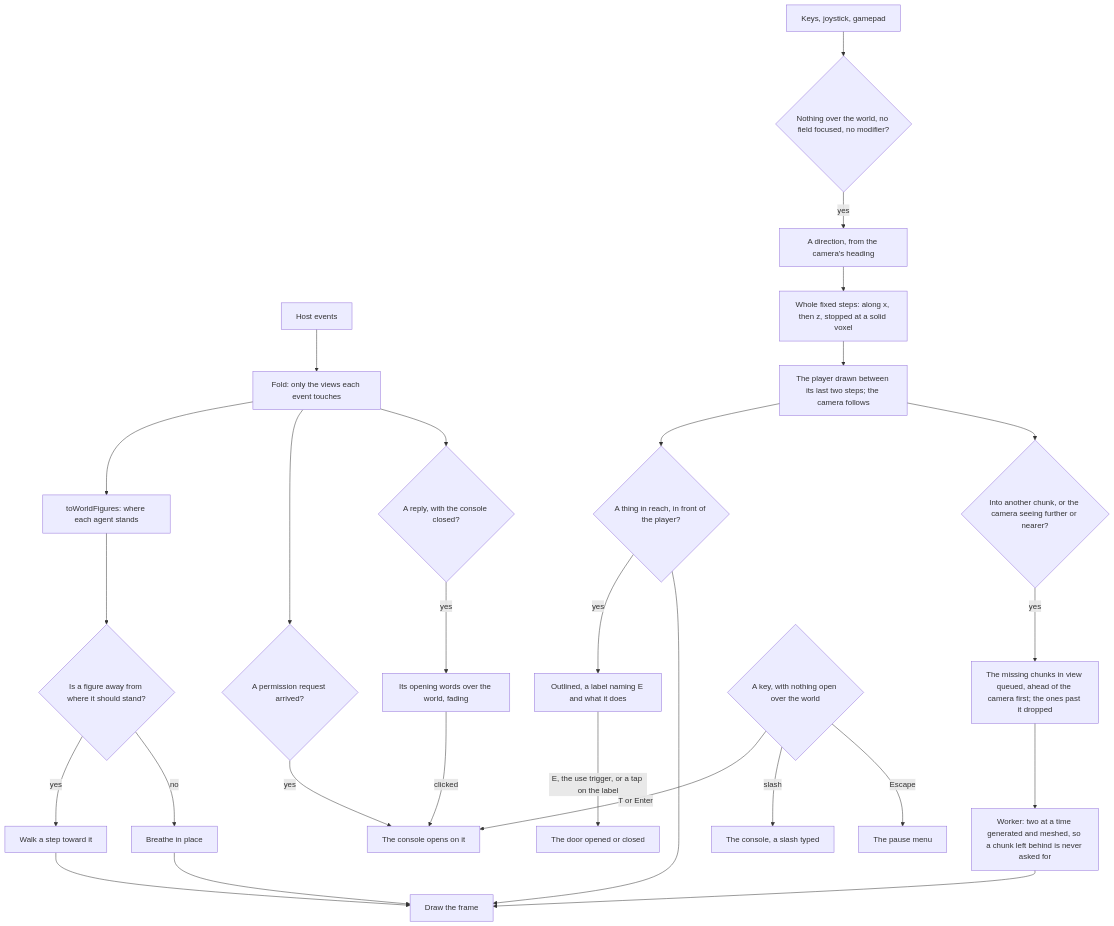
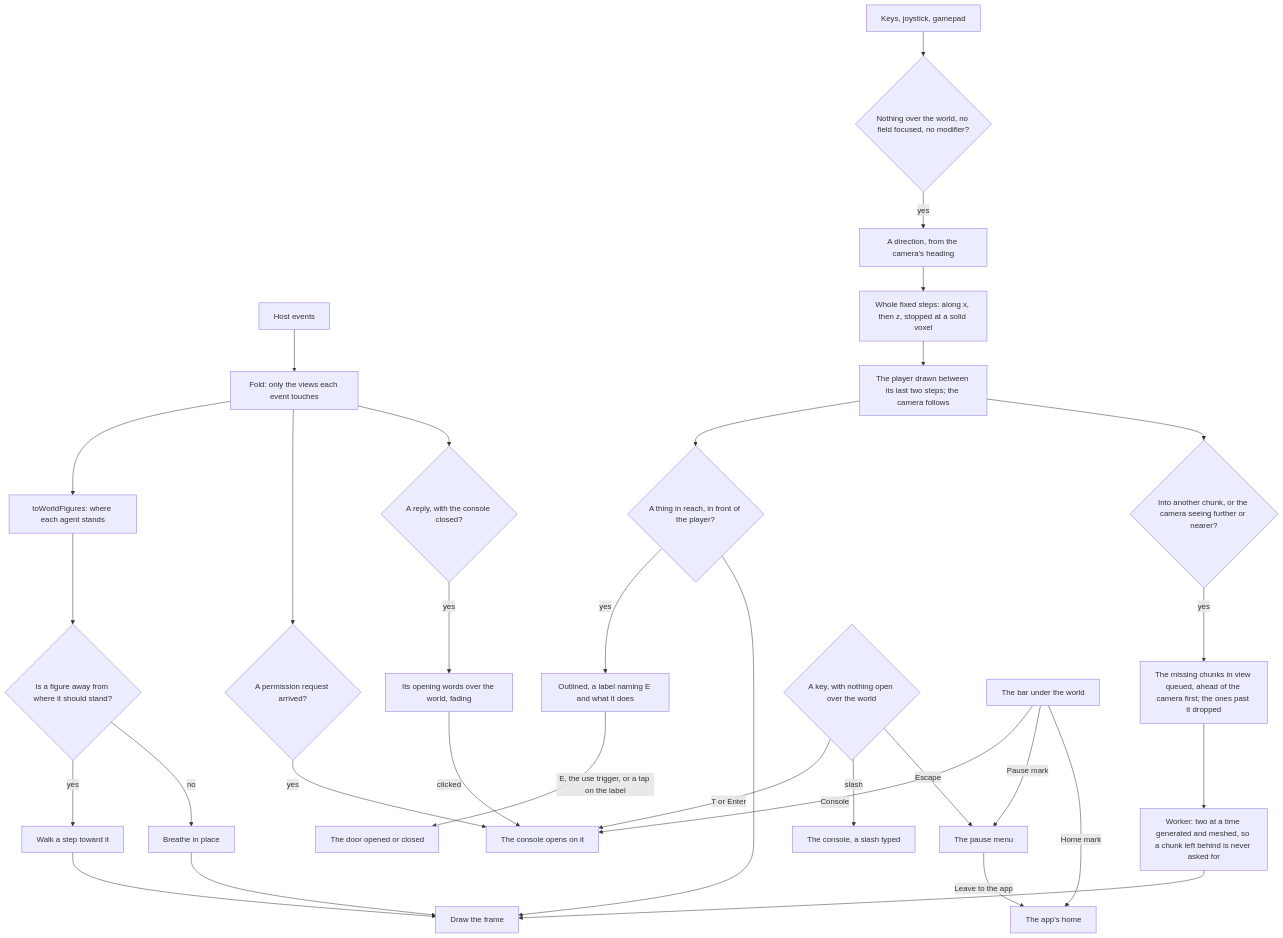
One commit to Esposter/Esposter changed the diagram in apps/web/content/docs/infra/claude-interface/agent-console/voxel-world.md. Above: the diagram before and after it, drawn with Mermaid. The commit also changed other lines of this file and 7 other files, not shown here.

First line of the commit message:
feat(agent-console): one bar along the foot of the page holds the session, the console, pause and the way home

````diff
--- a/apps/web/content/docs/infra/claude-interface/agent-console/voxel-world.md
+++ b/apps/web/content/docs/infra/claude-interface/agent-console/voxel-world.md
@@ -12,30 +12,34 @@
 ```mermaid
 flowchart TD
   H[Host events] --> F[Fold: only the views each event touches]
   F --> M[toWorldFigures: where each agent stands]
   M --> W{Is a figure away from where it should stand?}
   W -->|yes| A[Walk a step toward it]
   W -->|no| B[Breathe in place]
   A --> R[Draw the frame]
   B --> R
   F --> Q{A permission request arrived?}
   Q -->|yes| C[The console opens on it]
   F --> N{A reply, with the console closed?}
   N -->|yes| L[Its opening words over the world, fading]
   I[Keys, joystick, gamepad] --> G{Nothing over the world, no field focused, no modifier?}
   G -->|yes| D[A direction, from the camera's heading]
   D --> X[Whole fixed steps: along x, then z, stopped at a solid voxel]
   X --> Y[The player drawn between its last two steps; the camera follows]
   Y --> Z{A thing in reach, in front of the player?}
   Y --> CK{Into another chunk, or the camera seeing further or nearer?}
   CK -->|yes| WQ[The missing chunks in view queued, ahead of the camera first; the ones past it dropped]
   WQ --> WK[Worker: two at a time generated and meshed, so a chunk left behind is never asked for]
   WK --> R
   Z -->|yes| O[Outlined, a label naming E and what it does]
   O -->|E, the use trigger, or a tap on the label| U[The door opened or closed]
   Z --> R
   K{A key, with nothing open over the world} -->|T or Enter| C
   K -->|slash| S[The console, a slash typed]
   K -->|Escape| P[The pause menu]
+  BAR[The bar under the world] -->|Console| C
+  BAR -->|Pause mark| P
+  BAR -->|Home mark| HOME[The app's home]
+  P -->|Leave to the app| HOME
   L -->|clicked| C
 ```
````
